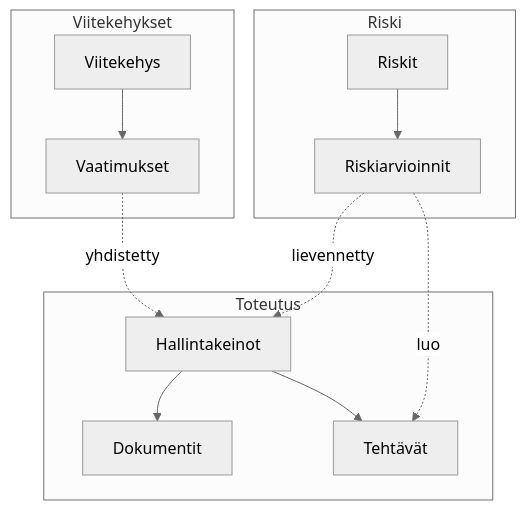
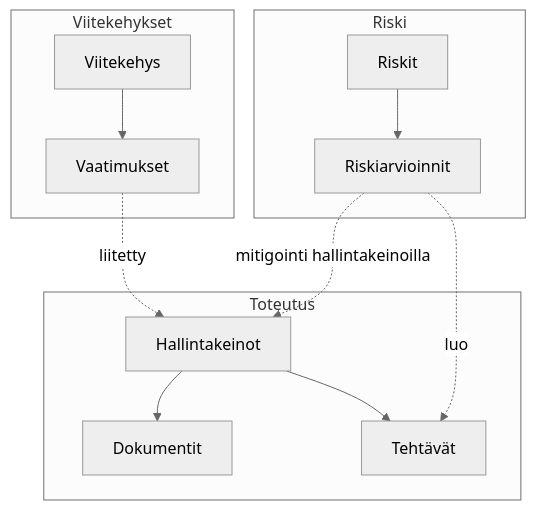
One commit to tekve/gover-docs changed the diagram in i18n/fi/docusaurus-plugin-content-docs/current/getting-started/key-concepts.md. Above: the diagram before and after it, drawn with Mermaid (neutral theme). The commit also changed other lines of this file and 50 other files, not shown here.

````diff
--- a/i18n/fi/docusaurus-plugin-content-docs/current/getting-started/key-concepts.md
+++ b/i18n/fi/docusaurus-plugin-content-docs/current/getting-started/key-concepts.md
@@ -11,16 +11,16 @@
 ```mermaid
 flowchart TB
     subgraph Viitekehykset
         F[Viitekehys] --> R[Vaatimukset]
     end
     subgraph Toteutus
         C[Hallintakeinot] --> D[Dokumentit]
         C --> T[Tehtävät]
     end
     subgraph Riski
         RI[Riskit] --> RA[Riskiarvioinnit]
     end
-    R -.->|yhdistetty| C
-    RA -.->|lievennetty| C
+    R -.->|liitetty| C
+    RA -.->|mitigointi hallintakeinoilla| C
     RA -.->|luo| T
 ```
````
